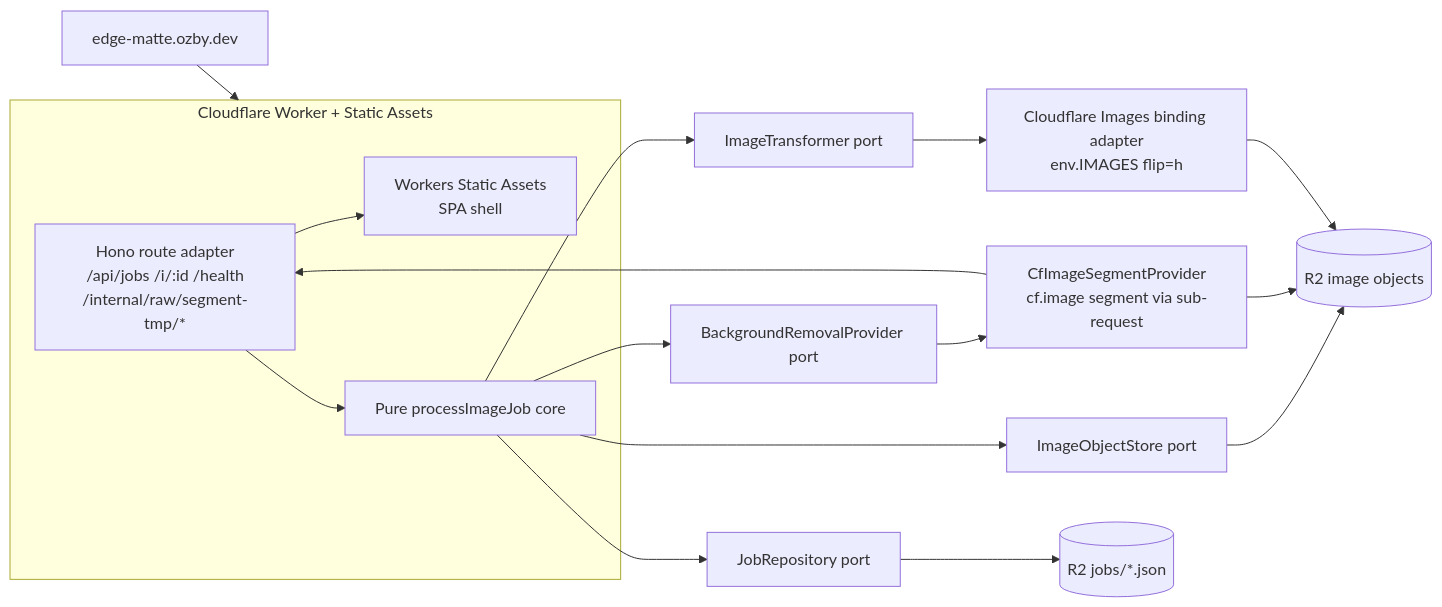
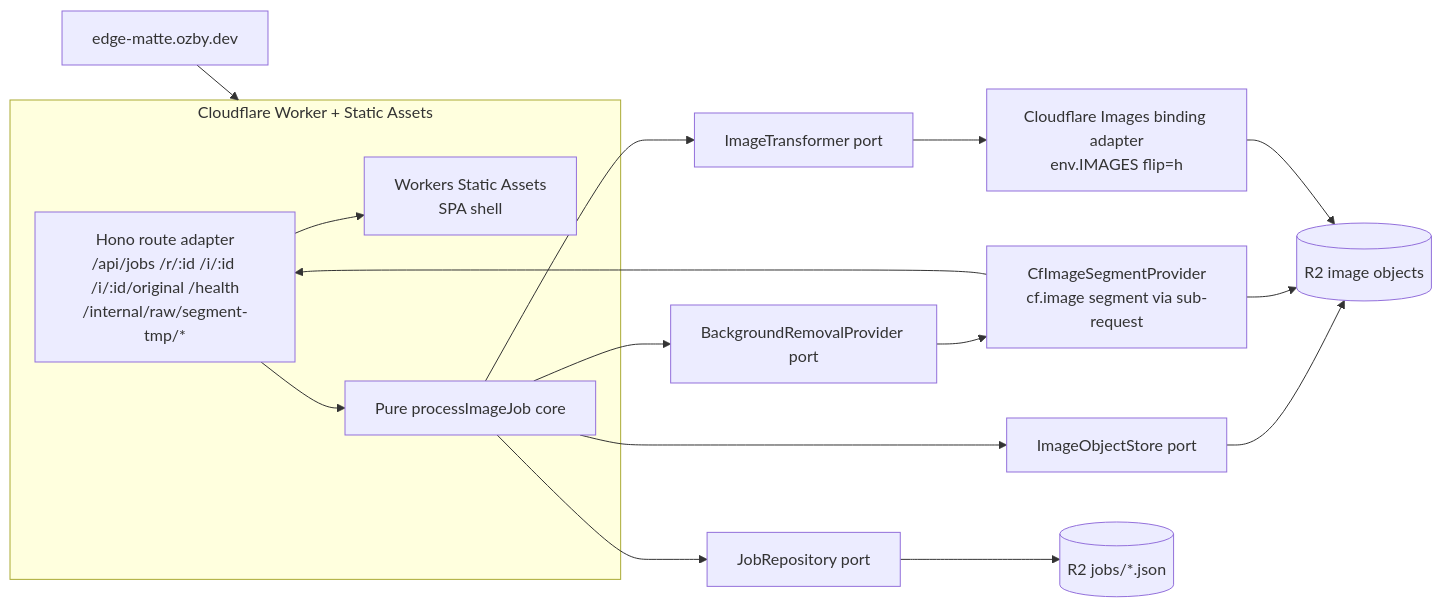
Before and after one commit to ozby/edge-matte: the first of 10 diagrams in docs/architecture.md, drawn with Mermaid. The commit also changed other lines of this file and 34 other files, not shown here.

````diff
--- a/docs/architecture.md
+++ b/docs/architecture.md
@@ -21,25 +21,25 @@
 ```mermaid
 flowchart LR
     DOMAIN[edge-matte.ozby.dev] --> WORKER[Cloudflare Worker]
 
     subgraph WORKER[Cloudflare Worker + Static Assets]
         ASSETS[Workers Static Assets<br/>SPA shell]
-        ROUTES[Hono route adapter<br/>/api/jobs /i/:id /health<br/>/internal/raw/segment-tmp/*]
+        ROUTES[Hono route adapter<br/>/api/jobs /r/:id /i/:id /i/:id/original /health<br/>/internal/raw/segment-tmp/*]
         CORE[Pure processImageJob core]
         ROUTES --> CORE
         ROUTES --> ASSETS
     end
 
     CORE --> BGPORT[BackgroundRemovalProvider port]
     CORE --> IMGPORT[ImageTransformer port]
     CORE --> JOBPORT[JobRepository port]
     CORE --> STOREPORT[ImageObjectStore port]
 
     BGPORT --> CFSEG[CfImageSegmentProvider<br/>cf.image segment via sub-request]
     CFSEG --> ROUTES
     IMGPORT --> CFIMG[Cloudflare Images binding adapter<br/>env.IMAGES flip=h]
     JOBPORT --> R2[(R2 jobs/*.json)]
     STOREPORT --> R2BLOBS[(R2 image objects)]
     CFSEG --> R2BLOBS
     CFIMG --> R2BLOBS
 ```
````
